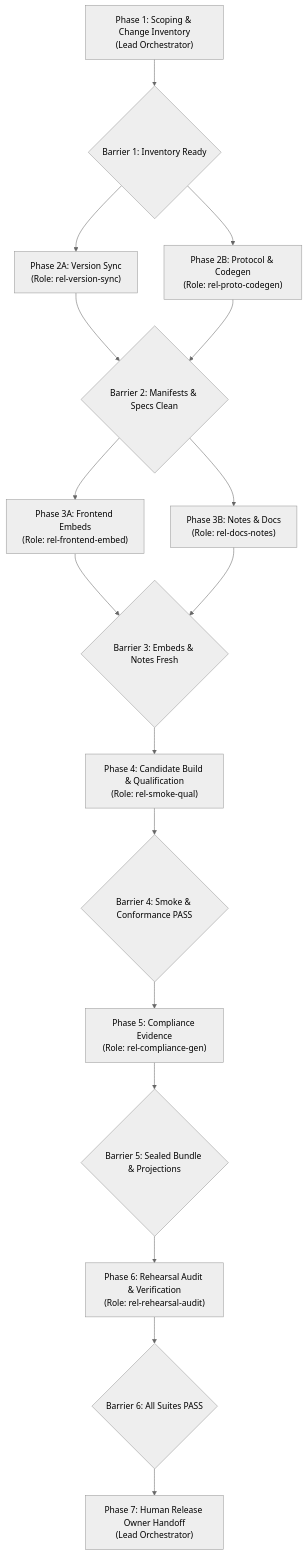
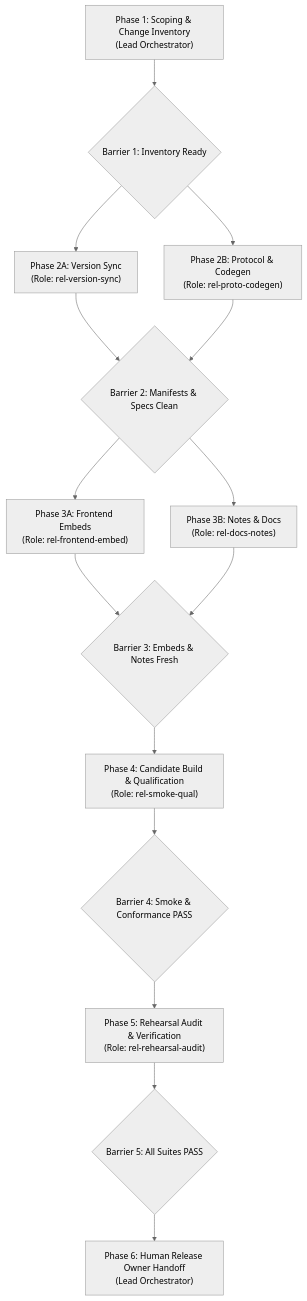
The diagram in docs/devs/release_process.md (zerotrustdata/ztd), drawn with Mermaid (neutral theme) before and after one commit. The commit also changed other lines of this file and 8 other files, not shown here.

````diff
--- a/docs/devs/release_process.md
+++ b/docs/devs/release_process.md
@@ -178,19 +167,17 @@
 ```mermaid
 flowchart TD
   P1["Phase 1: Scoping & Change Inventory<br/>(Lead Orchestrator)"] --> B1{"Barrier 1: Inventory Ready"}
   B1 --> P2A["Phase 2A: Version Sync<br/>(Role: rel-version-sync)"]
   B1 --> P2B["Phase 2B: Protocol & Codegen<br/>(Role: rel-proto-codegen)"]
   P2A --> B2{"Barrier 2: Manifests & Specs Clean"}
   P2B --> B2
   B2 --> P3A["Phase 3A: Frontend Embeds<br/>(Role: rel-frontend-embed)"]
   B2 --> P3B["Phase 3B: Notes & Docs<br/>(Role: rel-docs-notes)"]
   P3A --> B3{"Barrier 3: Embeds & Notes Fresh"}
   P3B --> B3
   B3 --> P4["Phase 4: Candidate Build & Qualification<br/>(Role: rel-smoke-qual)"]
   P4 --> B4{"Barrier 4: Smoke & Conformance PASS"}
-  B4 --> P5["Phase 5: Compliance Evidence<br/>(Role: rel-compliance-gen)"]
-  P5 --> B5{"Barrier 5: Sealed Bundle & Projections"}
-  B5 --> P6["Phase 6: Rehearsal Audit & Verification<br/>(Role: rel-rehearsal-audit)"]
-  P6 --> B6{"Barrier 6: All Suites PASS"}
-  B6 --> P7["Phase 7: Human Release Owner Handoff<br/>(Lead Orchestrator)"]
+  B4 --> P5["Phase 5: Rehearsal Audit & Verification<br/>(Role: rel-rehearsal-audit)"]
+  P5 --> B5{"Barrier 5: All Suites PASS"}
+  B5 --> P6["Phase 6: Human Release Owner Handoff<br/>(Lead Orchestrator)"]
 ```
````
